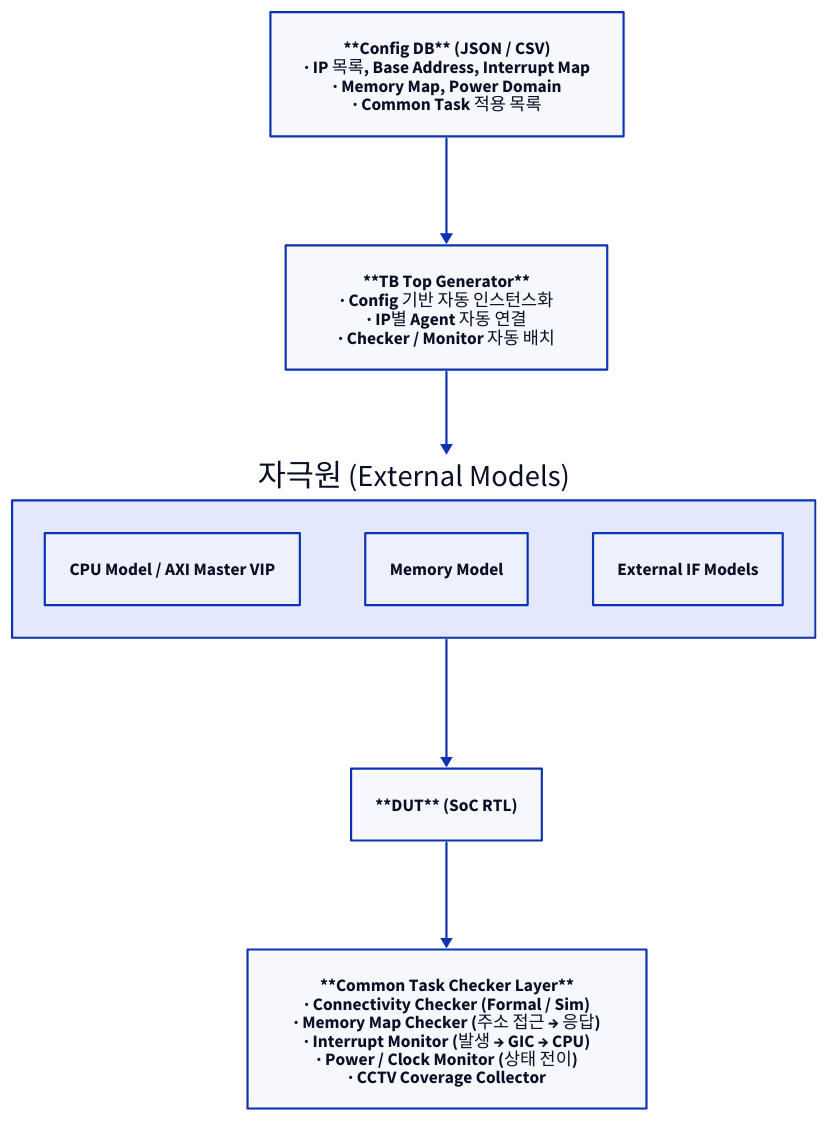
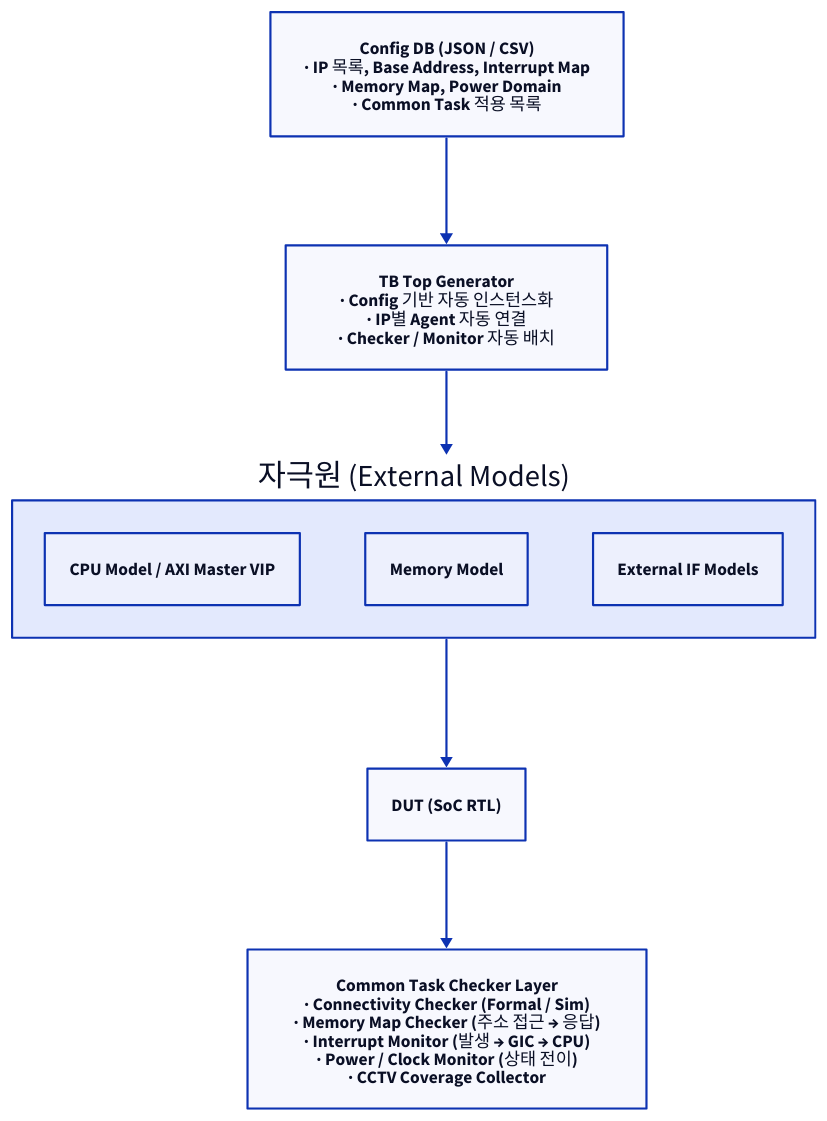
Before and after one commit to humbleowl39/DV_SKOOL: the fourth of 6 diagrams in starlight_site/src/content/docs/soc_integration_cctv/03_tb_top_and_ai.md, drawn with D2. The commit also changed other lines of this file and 714 other files, not shown here.

First line of the commit message:
fix(site): d2 다이어그램 가독성 결함 6종 일괄 수정

````diff
--- a/starlight_site/src/content/docs/soc_integration_cctv/03_tb_top_and_ai.md
+++ b/starlight_site/src/content/docs/soc_integration_cctv/03_tb_top_and_ai.md
@@ -191,18 +191,18 @@
 ```d2
 direction: down
 
-CFGDB: "**Config DB** (JSON / CSV)\n· IP 목록, Base Address, Interrupt Map\n· Memory Map, Power Domain\n· Common Task 적용 목록"
-GEN: "**TB Top Generator**\n· Config 기반 자동 인스턴스화\n· IP별 Agent 자동 연결\n· Checker / Monitor 자동 배치"
+CFGDB: "Config DB (JSON / CSV)\n· IP 목록, Base Address, Interrupt Map\n· Memory Map, Power Domain\n· Common Task 적용 목록"
+GEN: "TB Top Generator\n· Config 기반 자동 인스턴스화\n· IP별 Agent 자동 연결\n· Checker / Monitor 자동 배치"
 STIM: "자극원 (External Models)" {
   direction: right
   CPUM: "CPU Model / AXI Master VIP"
   MEMM: "Memory Model"
   IFM: "External IF Models"
 }
-DUT: "**DUT** (SoC RTL)"
-CHK: "**Common Task Checker Layer**\n· Connectivity Checker (Formal / Sim)\n· Memory Map Checker (주소 접근 → 응답)\n· Interrupt Monitor (발생 → GIC → CPU)\n· Power / Clock Monitor (상태 전이)\n· CCTV Coverage Collector"
+DUT: "DUT (SoC RTL)"
+CHK: "Common Task Checker Layer\n· Connectivity Checker (Formal / Sim)\n· Memory Map Checker (주소 접근 → 응답)\n· Interrupt Monitor (발생 → GIC → CPU)\n· Power / Clock Monitor (상태 전이)\n· CCTV Coverage Collector"
 CFGDB -> GEN
 GEN -> STIM
 STIM -> DUT
 DUT -> CHK
 ```
````
